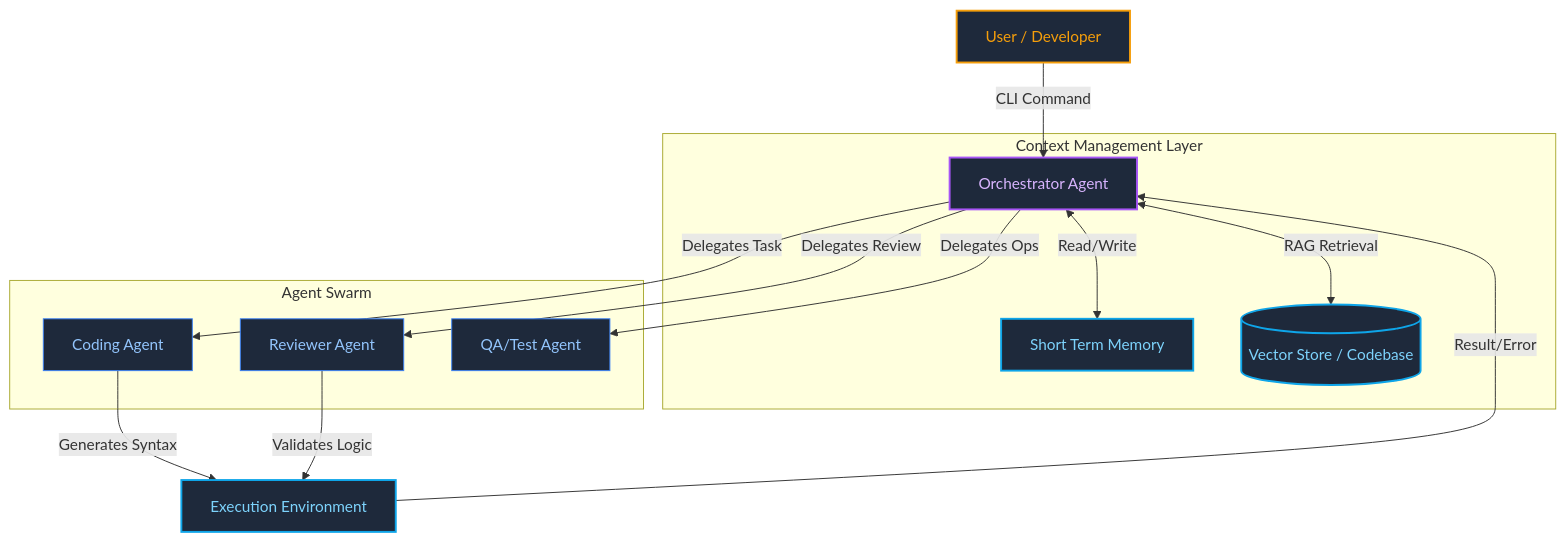
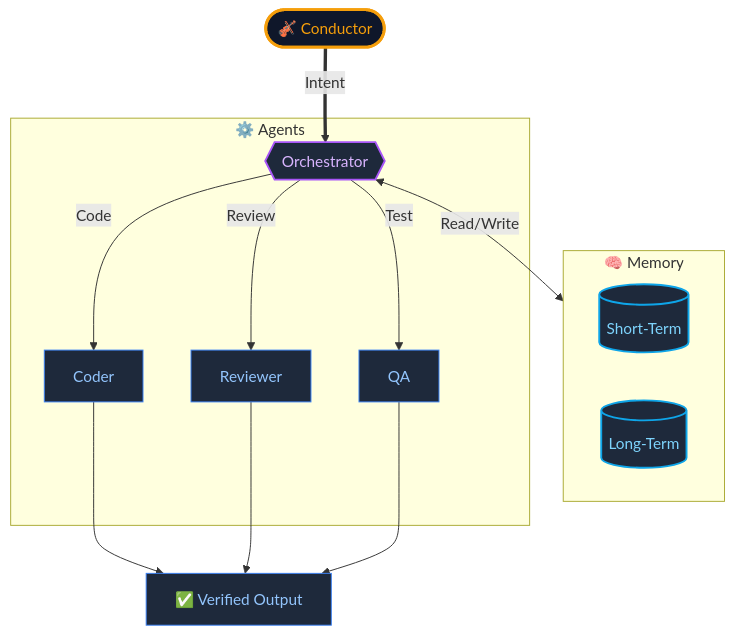
The diagram in README.md (shifujosh/JACQ-Architecture), drawn with Mermaid before and after one commit. The commit also changed other lines of this file, not shown here.

Commit message:
feat: Update portfolio assets (AI-Native Architect Revamp)

````diff
--- a/README.md
+++ b/README.md
@@ -9,25 +21,24 @@
 ```mermaid
 graph TD
-    %% --- Styling (Dark Mode Native) ---
-    classDef user fill:#1e293b,stroke:#f59e0b,stroke-width:2px,color:#f59e0b;
-    classDef brain fill:#1e293b,stroke:#a855f7,stroke-width:2px,color:#d8b4fe;
-    classDef swarm fill:#1e293b,stroke:#3b82f6,stroke-width:1px,color:#93c5fd;
+    classDef conductor fill:#0f172a,stroke:#f59e0b,stroke-width:3px,color:#f59e0b;
+    classDef ai fill:#1e293b,stroke:#a855f7,stroke-width:2px,color:#d8b4fe;
+    classDef work fill:#1e293b,stroke:#3b82f6,stroke-width:1px,color:#93c5fd;
     classDef data fill:#1e293b,stroke:#0ea5e9,stroke-width:2px,color:#7dd3fc;
 
-    User[User / Developer]:::user -->|CLI Command| Orch[Orchestrator Agent]:::brain
+    You(["🎻 Conductor"]):::conductor ==>|Intent| Brain{{"Orchestrator"}}:::ai
     
-    subgraph "Context Management Layer"
-        Orch <-->|Read/Write| ShortMem[Short Term Memory]:::data
-        Orch <-->|RAG Retrieval| LongMem[(Vector Store / Codebase)]:::data
+    subgraph Memory ["🧠 Memory"]
+        Short[(Short-Term)]:::data
+        Long[(Long-Term)]:::data
     end
     
-    subgraph "Agent Swarm"
-        Orch -->|Delegates Task| Coder[Coding Agent]:::swarm
-        Orch -->|Delegates Review| Reviewer[Reviewer Agent]:::swarm
-        Orch -->|Delegates Ops| QA[QA/Test Agent]:::swarm
+    Brain <-->|Read/Write| Memory
+    
+    subgraph Agents ["⚙️ Agents"]
+        Brain -->|Code| Coder["Coder"]:::work
+        Brain -->|Review| Reviewer["Reviewer"]:::work
+        Brain -->|Test| QA["QA"]:::work
     end
     
-    Coder -->|Generates Syntax| Sandbox[Execution Environment]:::data
-    Reviewer -->|Validates Logic| Sandbox
-    Sandbox -->|Result/Error| Orch
+    Coder & Reviewer & QA --> Output["✅ Verified Output"]:::work
 ```
````
